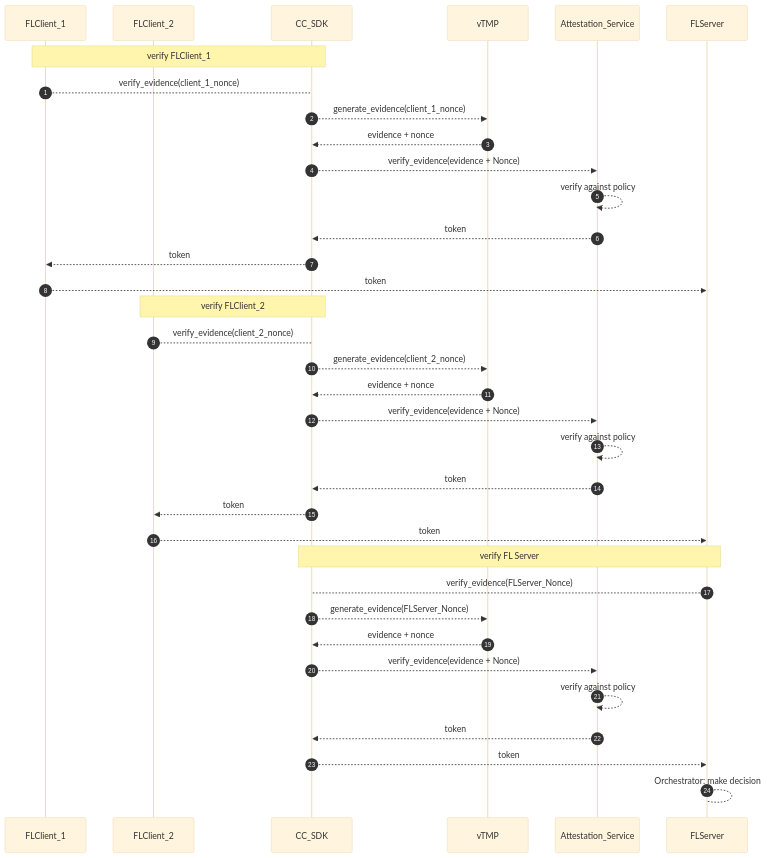
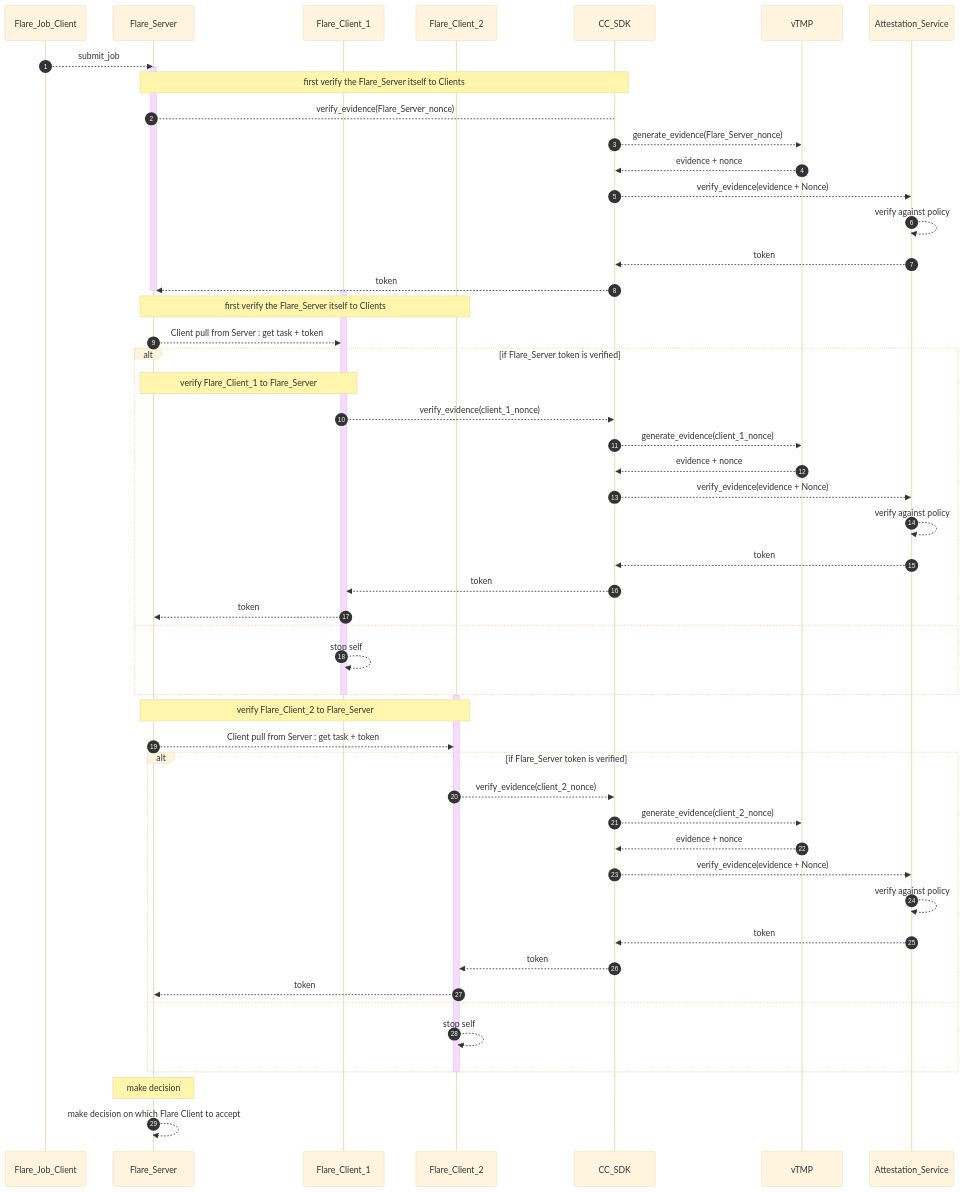
Before and after one commit to hitesh-ag1/NVFlare: the fifth of 5 diagrams in docs/confidential_computing/detailed_cc_sequence_diagram.md, drawn with Mermaid (base theme). The commit also changed other lines of this file, not shown here.

Commit message:
Sequence diagram for CC

````diff
--- a/docs/confidential_computing/detailed_cc_sequence_diagram.md
+++ b/docs/confidential_computing/detailed_cc_sequence_diagram.md
@@ -115,45 +113,66 @@
 ```mermaid
 sequenceDiagram
    autonumber
-    participant FLClient_1
-    participant FLClient_2
+    
+    participant Flare_Job_Client
+    participant Flare_Server
+    participant Flare_Client_1
+    participant Flare_Client_2
     participant CC_SDK
     participant vTMP
     participant Attestation_Service
-    participant FLServer
     
-    Note over FLClient_1, CC_SDK : verify FLClient_1
-    
-    FLClient_1 --> CC_SDK : verify_evidence(client_1_nonce)
-    CC_SDK -->> vTMP : generate_evidence(client_1_nonce)
+    Flare_Job_Client -->> Flare_Server: submit_job 
+    activate Flare_Server
+    Note over Flare_Server, CC_SDK: first verify the Flare_Server itself to Clients
+    Flare_Server --> CC_SDK : verify_evidence(Flare_Server_nonce)
+    CC_SDK -->> vTMP : generate_evidence(Flare_Server_nonce)
     vTMP -->> CC_SDK : evidence + nonce 
     CC_SDK -->> Attestation_Service: verify_evidence(evidence + Nonce)
     Attestation_Service -->> Attestation_Service: verify against policy
     Attestation_Service -->> CC_SDK: token
-    CC_SDK -->> FLClient_1 : token
-    FLClient_1 -->> FLServer : token
+    CC_SDK -->> Flare_Server : token
+    deactivate Flare_Server
+  
+    activate Flare_Client_1
+    Note over Flare_Server, Flare_Client_2: first verify the Flare_Server itself to Clients
+    Flare_Server -->> Flare_Client_1:  Client pull from Server : get task + token
+    alt if  Flare_Server token is verified
+        Note over Flare_Server, Flare_Client_1: verify Flare_Client_1 to Flare_Server
+        Flare_Client_1 -->> CC_SDK : verify_evidence(client_1_nonce)
+        CC_SDK -->> vTMP : generate_evidence(client_1_nonce)
+        vTMP -->> CC_SDK : evidence + nonce 
+        CC_SDK -->> Attestation_Service: verify_evidence(evidence + Nonce)
+        Attestation_Service -->> Attestation_Service: verify against policy
+        Attestation_Service -->> CC_SDK: token
+        CC_SDK -->> Flare_Client_1 : token
+        Flare_Client_1 -->> Flare_Server : token
+    else
+        Flare_Client_1 -->> Flare_Client_1 : stop self 
+    end
+    deactivate Flare_Client_1
 
-    Note over FLClient_2, CC_SDK : verify FLClient_2
-
-    FLClient_2 --> CC_SDK : verify_evidence(client_2_nonce)
-    CC_SDK -->> vTMP : generate_evidence(client_2_nonce)
-    vTMP -->> CC_SDK : evidence + nonce 
-    CC_SDK -->> Attestation_Service: verify_evidence(evidence + Nonce)
-    Attestation_Service -->> Attestation_Service: verify against policy
-    Attestation_Service -->> CC_SDK: token
-    CC_SDK -->> FLClient_2 : token
-    FLClient_2 -->> FLServer : token
     
-    Note over FLServer, CC_SDK : verify FL Server
     
-    FLServer --> CC_SDK : verify_evidence(FLServer_Nonce)
-    CC_SDK -->> vTMP : generate_evidence(FLServer_Nonce)
-    vTMP -->> CC_SDK : evidence + nonce 
-    CC_SDK -->> Attestation_Service: verify_evidence(evidence + Nonce)
-    Attestation_Service -->> Attestation_Service: verify against policy
-    Attestation_Service -->> CC_SDK: token
-    CC_SDK -->> FLServer : token
+    activate Flare_Client_2
+    Note over Flare_Server, Flare_Client_2: verify Flare_Client_2 to Flare_Server
+    Flare_Server -->>  Flare_Client_2:  Client pull from Server : get task + token
+    alt if  Flare_Server token is verified
+        Flare_Client_2 -->> CC_SDK : verify_evidence(client_2_nonce)
+        CC_SDK -->> vTMP : generate_evidence(client_2_nonce)
+        vTMP -->> CC_SDK : evidence + nonce 
+        CC_SDK -->> Attestation_Service: verify_evidence(evidence + Nonce)
+        Attestation_Service -->> Attestation_Service: verify against policy
+        Attestation_Service -->> CC_SDK: token
+        CC_SDK -->> Flare_Client_2 : token
+        Flare_Client_2 -->> Flare_Server : token
+    else
+        Flare_Client_2 -->> Flare_Client_2 : stop self
+    end
+    deactivate Flare_Client_2
     
-    FLServer --> FLServer : Orchestrator: make decision 
+    Note over Flare_Server, Flare_Server : make decision
+    Flare_Server -->> Flare_Server : make decision on which Flare Client to accept
+     
    
 ```
````
